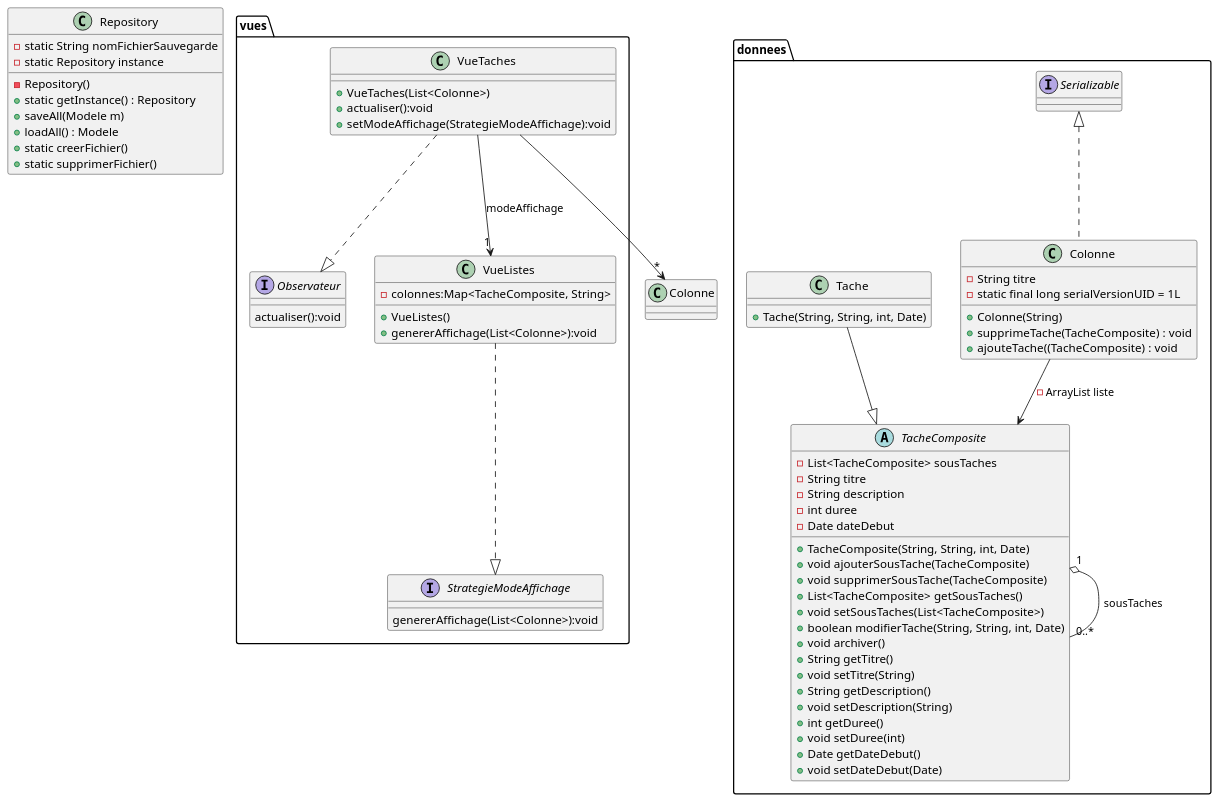
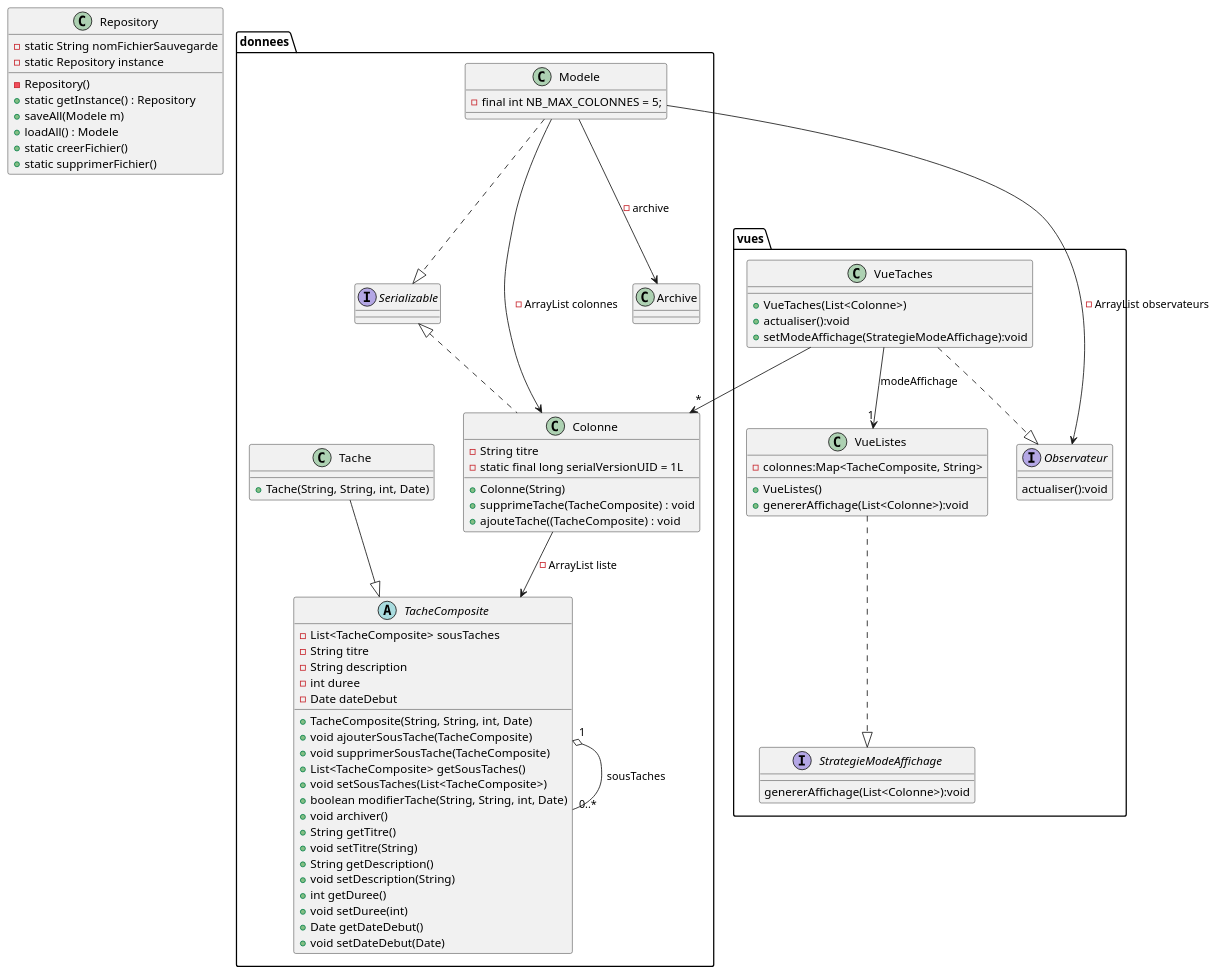
Before and after one commit to AlexanderCARNET/SAE_3_01_dev_application: the diagram in Ollert_QDEV/diagrammes/iteration2/DiagrammClasses.puml, drawn with PlantUML.

Commit message:
[MODIFY] Modification du diagramme de classe

```diff
--- a/Ollert_QDEV/diagrammes/iteration2/DiagrammClasses.puml
+++ b/Ollert_QDEV/diagrammes/iteration2/DiagrammClasses.puml
@@ -1,93 +1,100 @@
 @startuml
 
 package donnees {
+
+    class Modele {
+            - final int NB_MAX_COLONNES = 5;
+        }
+        Modele ..|> Serializable
+        Modele --> Colonne : - ArrayList colonnes
+
+        Modele --> Archive : - archive
 
     abstract class TacheComposite {
         - List<TacheComposite> sousTaches
         - String titre
         - String description
         - int duree
         - Date dateDebut
 
         + TacheComposite(String, String, int, Date)
         + void ajouterSousTache(TacheComposite)
         + void supprimerSousTache(TacheComposite)
         + List<TacheComposite> getSousTaches()
         + void setSousTaches(List<TacheComposite>)
         + boolean modifierTache(String, String, int, Date)
         + void archiver()
         + String getTitre()
         + void setTitre(String)
         + String getDescription()
         + void setDescription(String)
         + int getDuree()
         + void setDuree(int)
         + Date getDateDebut()
         + void setDateDebut(Date)
     }
 
     class Tache {
         + Tache(String, String, int, Date)
     }
 
     Tache --|> TacheComposite
 
     TacheComposite "1" o-- "0..*" TacheComposite : sousTaches
 
     interface Serializable
     class Colonne {
     - String titre
     - static final long serialVersionUID = 1L
     + Colonne(String)
     + supprimeTache(TacheComposite) : void
     + ajouteTache((TacheComposite) : void
 
     }
     Colonne --> TacheComposite : - ArrayList liste
     Colonne .u.|> Serializable
 }
 
 class Repository{
     - static String nomFichierSauvegarde
     - static Repository instance
     - Repository()
     + static getInstance() : Repository
     + saveAll(Modele m)
     + loadAll() : Modele
     + static creerFichier()
     + static supprimerFichier()
 }
 
 package vues{
     interface StrategieModeAffichage{
         genererAffichage(List<Colonne>):void
     }
 
     interface Observateur{
         actualiser():void
     }
 
     class VueListes{
         - colonnes:Map<TacheComposite, String>
 
         + VueListes()
         + genererAffichage(List<Colonne>):void
     }
 
     class VueTaches{
         + VueTaches(List<Colonne>)
         + actualiser():void
         + setModeAffichage(StrategieModeAffichage):void
     }
 }
 
-class Colonne{}
 
 VueListes ..|> StrategieModeAffichage
 VueTaches ..|> Observateur
 
 VueTaches --> "1" VueListes:modeAffichage
 VueTaches --> "*" Colonne
-
+Modele --> Observateur : - ArrayList observateurs
 
 @enduml
```
